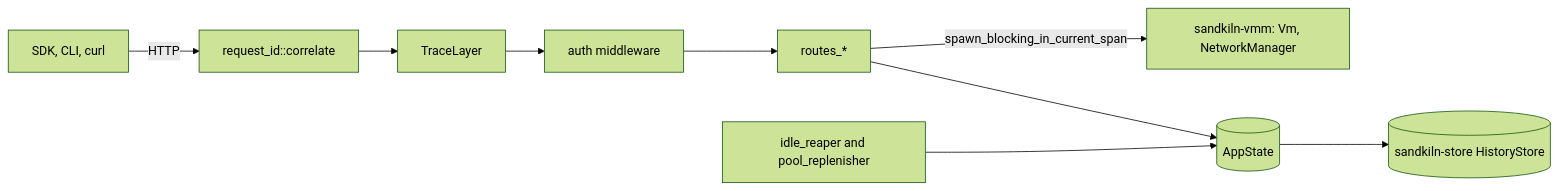
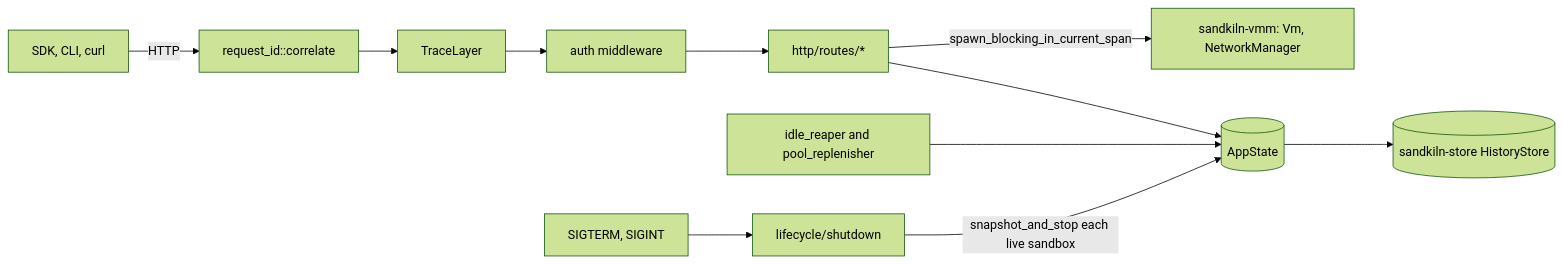
Before and after one commit to SumitKumar-17/sandkiln: the first of 2 diagrams in website/src/content/engineering/08-daemon-internals.md, drawn with Mermaid (forest theme). The commit also changed other lines of this file and 91 other files, not shown here.

````diff
--- a/website/src/content/engineering/08-daemon-internals.md
+++ b/website/src/content/engineering/08-daemon-internals.md
@@ -13,11 +22,13 @@
 ```mermaid
 flowchart LR
   C[SDK, CLI, curl] -->|HTTP| M[request_id::correlate]
   M --> T[TraceLayer]
   T --> A[auth middleware]
-  A --> R[routes_*]
+  A --> R[http/routes/*]
   R -->|spawn_blocking_in_current_span| V[sandkiln-vmm: Vm, NetworkManager]
   R --> S[(AppState)]
   S --> H[(sandkiln-store HistoryStore)]
   L[idle_reaper and pool_replenisher] --> S
+  X[SIGTERM, SIGINT] --> Z[lifecycle/shutdown]
+  Z -->|snapshot_and_stop each live sandbox| S
 ```
````
